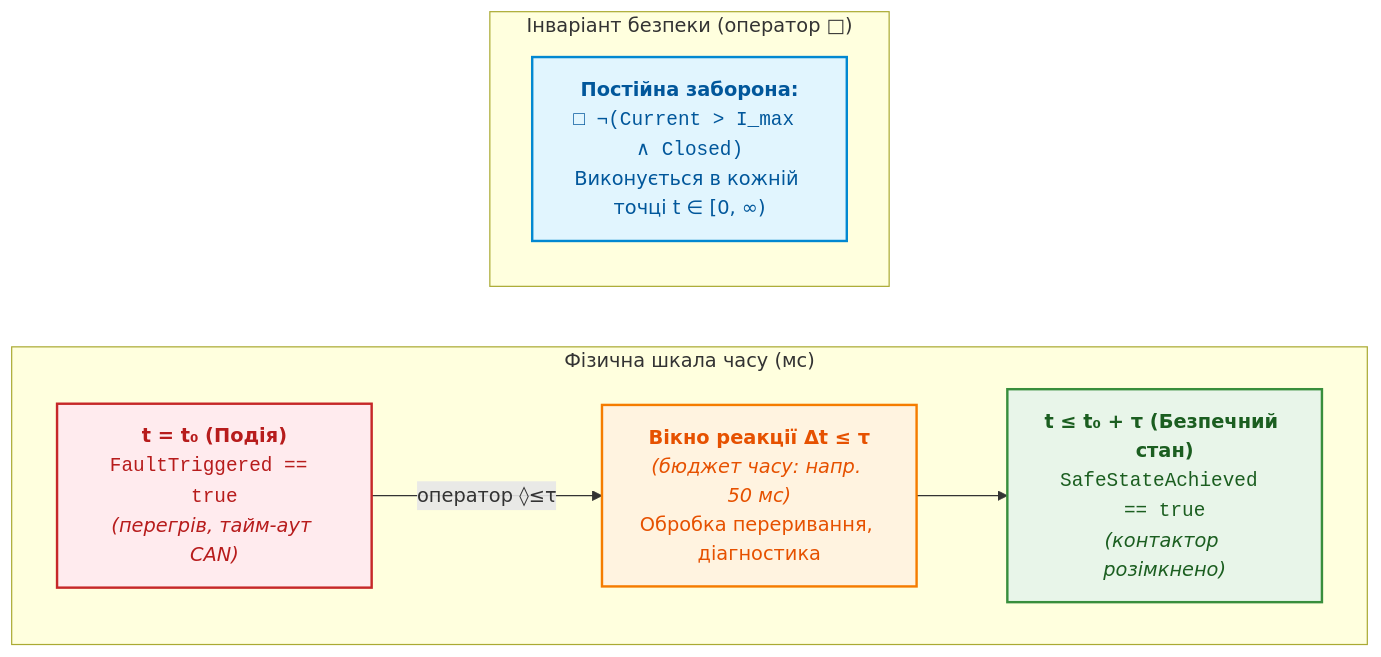
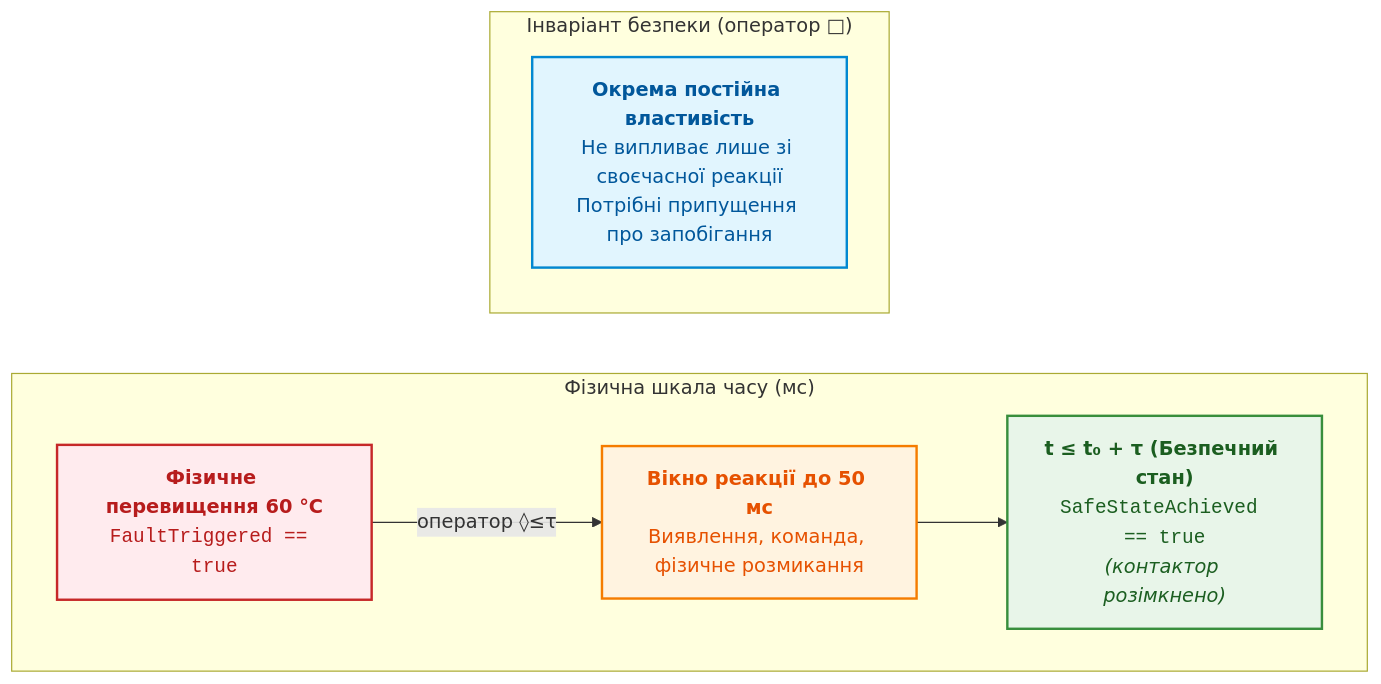
One commit to nick-fedchik/articles changed the third of 6 diagrams in ExpertSystem/ch14-requirements-detection-and-formalization.md. Above: the diagram before and after it, drawn with Mermaid. The commit also changed other lines of this file and 9 other files, not shown here.

````diff
--- a/ExpertSystem/ch14-requirements-detection-and-formalization.md
+++ b/ExpertSystem/ch14-requirements-detection-and-formalization.md
@@ -374,29 +522,29 @@
 ```mermaid
 flowchart LR
     accTitle: Часова шкала інваріанта безпеки та обмеженої живучості
-    accDescr: Візуалізація темпоральних операторів на часовій шкалі від моменту збою до гарантованого переходу в безпечний стан у межах допуску тау.
+    accDescr: Навчальна R-14 відлічує 50 мс від фізичної події до підтвердженого розмикання; постійний інваріант є окремою властивістю з додатковими припущеннями.
 
     subgraph TimeLine["Фізична шкала часу (мс)"]
         direction LR
-        T0["<b>t = t₀ (Подія)</b><br/><code>FaultTriggered == true</code><br/><i>(перегрів, тайм-аут CAN)</i>"]
-        Delta["<b>Вікно реакції Δt ≤ τ</b><br/><i>(бюджет часу: напр. 50 мс)</i><br/>Обробка переривання, діагностика"]
+        T0["<b>Фізичне перевищення 60 °C</b><br/><code>FaultTriggered == true</code>"]
+        Delta["<b>Вікно реакції до 50 мс</b><br/>Виявлення, команда, фізичне розмикання"]
         T_Safe["<b>t ≤ t₀ + τ (Безпечний стан)</b><br/><code>SafeStateAchieved == true</code><br/><i>(контактор розімкнено)</i>"]
         T0 -->|"оператор ◊≤τ"| Delta
         Delta --> T_Safe
     end
 
     subgraph Invariant["Інваріант безпеки (оператор □)"]
         direction TB
-        SafeBox["<b>Постійна заборона:</b><br/><code>□ ¬(Current > I_max ∧ Closed)</code><br/>Виконується в кожній точці t ∈ [0, ∞)"]
+        SafeBox["<b>Окрема постійна властивість</b><br/>Не випливає лише зі своєчасної реакції<br/>Потрібні припущення про запобігання"]
     end
 
     classDef ev fill:#ffebee,stroke:#c62828,stroke-width:2px,color:#b71c1c;
     classDef dt fill:#fff3e0,stroke:#f57c00,stroke-width:2px,color:#e65100;
     classDef ok fill:#e8f5e9,stroke:#388e3c,stroke-width:2px,color:#1b5e20;
     classDef inv fill:#e1f5fe,stroke:#0288d1,stroke-width:2px,color:#01579b;
 
     class T0 ev;
     class Delta dt;
     class T_Safe ok;
     class SafeBox inv;
 ```
````
